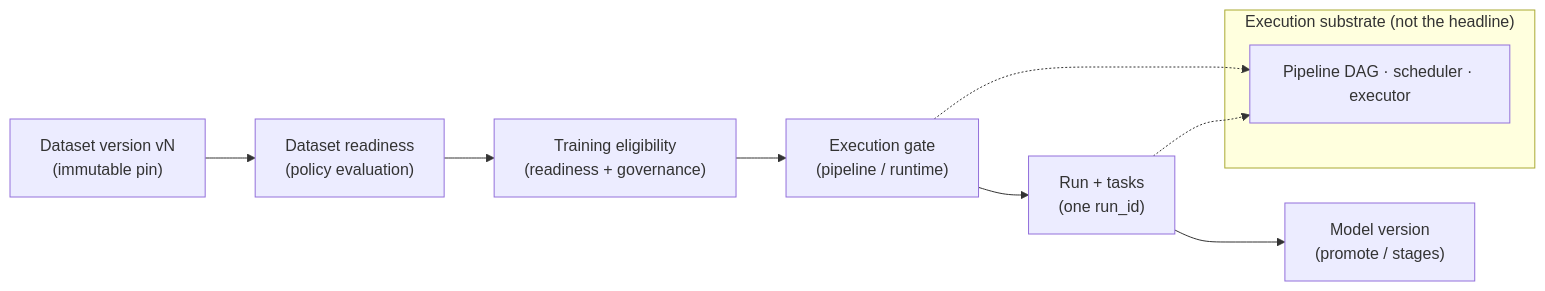
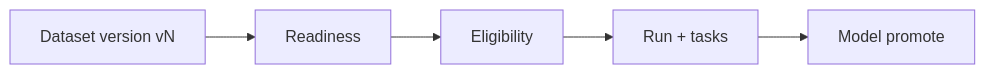
One commit to phu142857/ml-air changed the diagram in README.md. Above: the diagram before and after it, drawn with Mermaid. The commit also changed other lines of this file and 3 other files, not shown here.

````diff
--- a/README.md
+++ b/README.md
@@ -13,18 +32,7 @@
 ```mermaid
 flowchart LR
-  DV["Dataset version vN<br/>(immutable pin)"]
-  RD["Dataset readiness<br/>(policy evaluation)"]
-  EL["Training eligibility<br/>(readiness + governance)"]
-  EG["Execution gate<br/>(pipeline / runtime)"]
-  RUN["Run + tasks<br/>(one run_id)"]
-  MD["Model version<br/>(promote / stages)"]
-
-  DV --> RD --> EL --> EG --> RUN --> MD
-
-  subgraph substrate["Execution substrate (not the headline)"]
-    PIPE["Pipeline DAG · scheduler · executor"]
-  end
-
-  EG -.-> PIPE
-  RUN -.-> PIPE
+  DV["Dataset version vN"] --> RD["Readiness"]
+  RD --> EL["Eligibility"]
+  EL --> RUN["Run + tasks"]
+  RUN --> MD["Model promote"]
 ```
````
